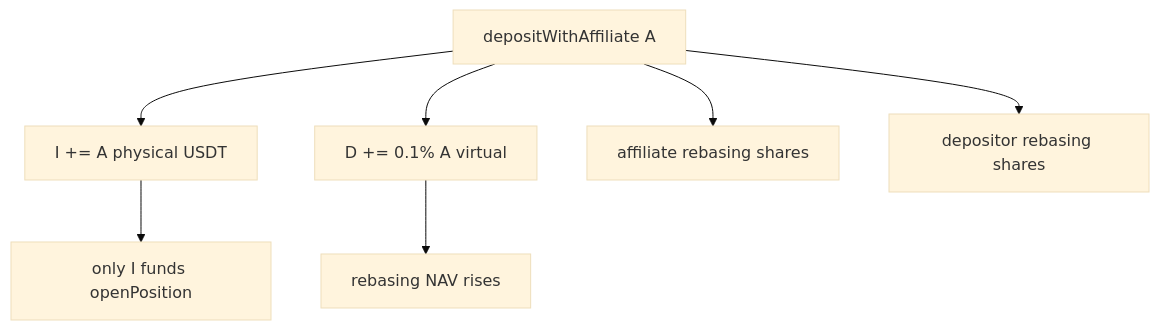
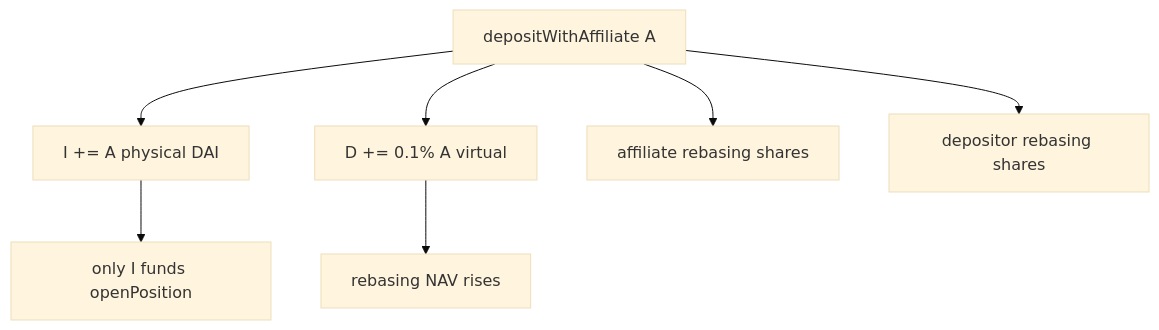
One commit to irislab-net/iris-docs changed the first of 2 diagrams in gitbook/whitepaper/07-protocol_dept_and_captial_amortization.md. Above: the diagram before and after it, drawn with Mermaid (base theme). The commit also changed other lines of this file and 26 other files, not shown here.

````diff
--- a/gitbook/whitepaper/07-protocol_dept_and_captial_amortization.md
+++ b/gitbook/whitepaper/07-protocol_dept_and_captial_amortization.md
@@ -62,9 +62,9 @@
 ```mermaid
 flowchart TB
-  deposit[depositWithAffiliate A] --> cash[I += A physical USDT]
+  deposit[depositWithAffiliate A] --> cash[I += A physical DAI]
   deposit --> virtual[D += 0.1% A virtual]
   deposit --> affMint[affiliate rebasing shares]
   deposit --> depMint[depositor rebasing shares]
   virtual --> NAV[rebasing NAV rises]
   cash --> deploy[only I funds openPosition]
 ```
````
